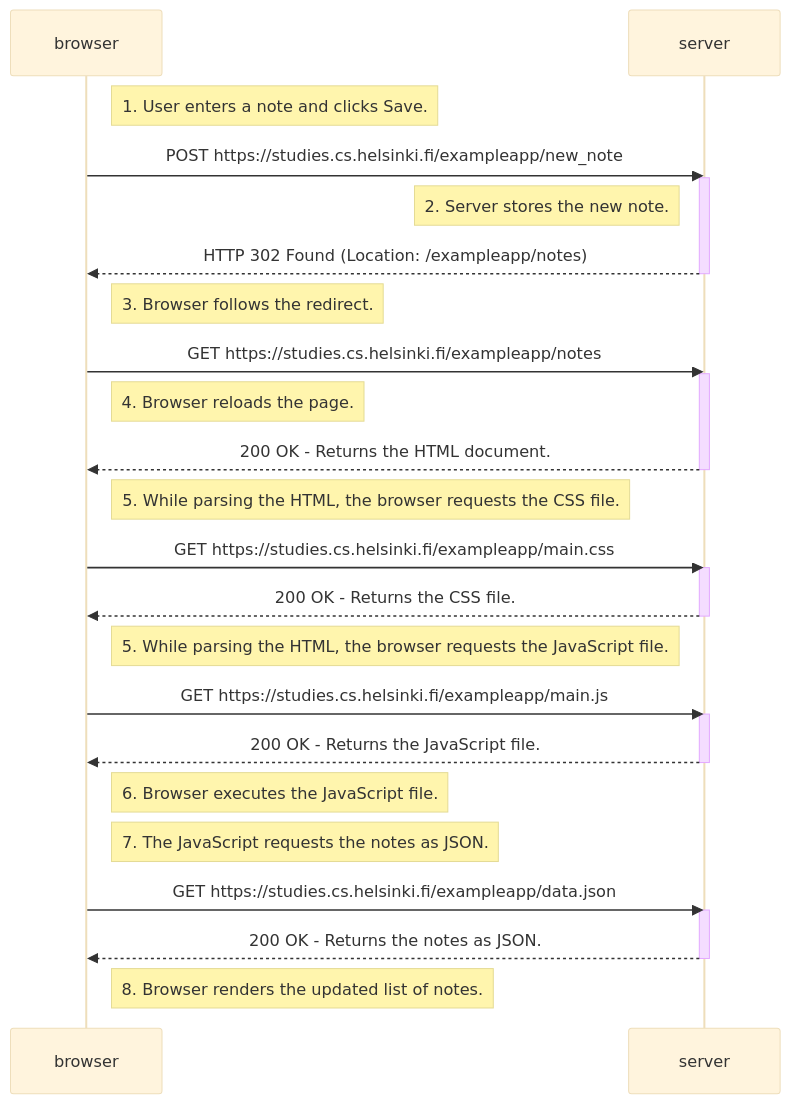
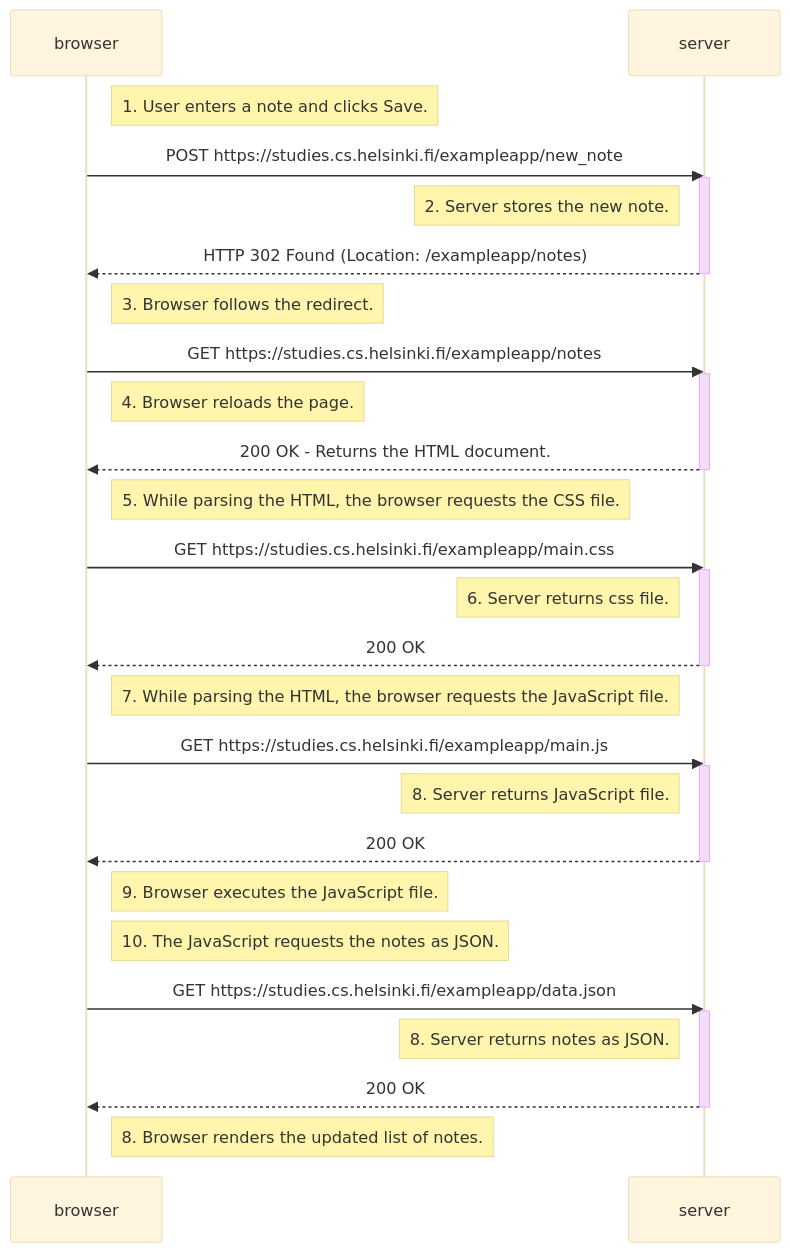
The diagram in osa0/0.4.md (DrFinger2/fullstackopen-2026), drawn with Mermaid (base theme) before and after one commit.

````diff
--- a/osa0/0.4.md
+++ b/osa0/0.4.md
@@ -1,42 +1,45 @@
 ```mermaid
 sequenceDiagram
     participant browser
     participant server
 
     Note right of browser: 1. User enters a note and clicks Save.
     browser->>server: POST https://studies.cs.helsinki.fi/exampleapp/new_note
     activate server
     Note left of server: 2. Server stores the new note.
     server-->>browser: HTTP 302 Found (Location: /exampleapp/notes)
     deactivate server
 
      Note right of browser: 3. Browser follows the redirect.
     browser->>server: GET https://studies.cs.helsinki.fi/exampleapp/notes
     
     activate server
     Note right of browser: 4. Browser reloads the page.
     server-->>browser: 200 OK - Returns the HTML document.
     deactivate server
     
 
     Note right of browser: 5. While parsing the HTML, the browser requests the CSS file.
     browser->>server: GET https://studies.cs.helsinki.fi/exampleapp/main.css
     activate server
-    server-->>browser: 200 OK - Returns the CSS file.
+    Note left of server: 6. Server returns css file.
+    server-->>browser: 200 OK
     deactivate server
 
-    Note right of browser: 5. While parsing the HTML, the browser requests the JavaScript file.
+    Note right of browser: 7. While parsing the HTML, the browser requests the JavaScript file.
     browser->>server: GET https://studies.cs.helsinki.fi/exampleapp/main.js
     activate server
-    server-->>browser: 200 OK - Returns the JavaScript file.
+    Note left of server: 8. Server returns JavaScript file.
+    server-->>browser: 200 OK
     deactivate server
 
-    Note right of browser: 6. Browser executes the JavaScript file.
-    Note right of browser: 7. The JavaScript requests the notes as JSON.
+    Note right of browser: 9. Browser executes the JavaScript file.
+    Note right of browser: 10. The JavaScript requests the notes as JSON.
     browser->>server: GET https://studies.cs.helsinki.fi/exampleapp/data.json
     activate server
-    server-->>browser: 200 OK - Returns the notes as JSON.
+    Note left of server: 8. Server returns notes as JSON.
+    server-->>browser: 200 OK
     deactivate server
 
     Note right of browser: 8. Browser renders the updated list of notes.
 ```
````
